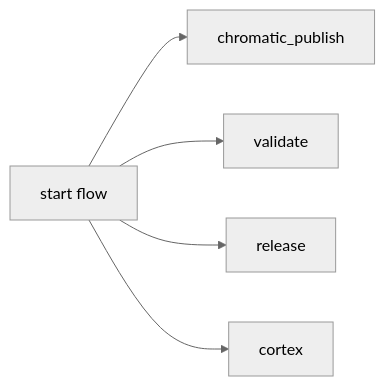
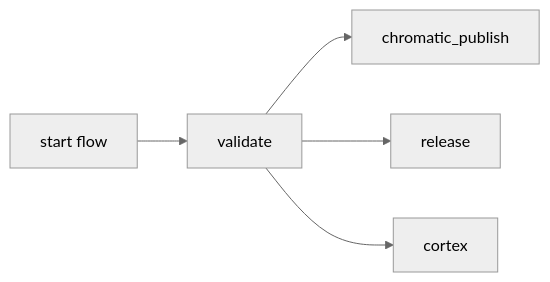
The second of 2 diagrams in .github/workflows/docs/frontend/frontend_npm_release.md (JupiterOne/.github), drawn with Mermaid (neutral theme) before and after one commit. The commit also changed other lines of this file and 9 other files, not shown here.

````diff
--- a/.github/workflows/docs/frontend/frontend_npm_release.md
+++ b/.github/workflows/docs/frontend/frontend_npm_release.md
@@ -74,13 +74,13 @@
 ```mermaid
 graph LR;
     A[start flow];
-    B[chromatic_publish]
-    C[validate];
+    B[validate];
+    C[chromatic_publish]
     D[release];
     E[cortex];
 
     A --> B;
-    A --> C;
-    A --> D;
-    A --> E;
+    B --> C;
+    B --> D;
+    B --> E;
 ```
````
